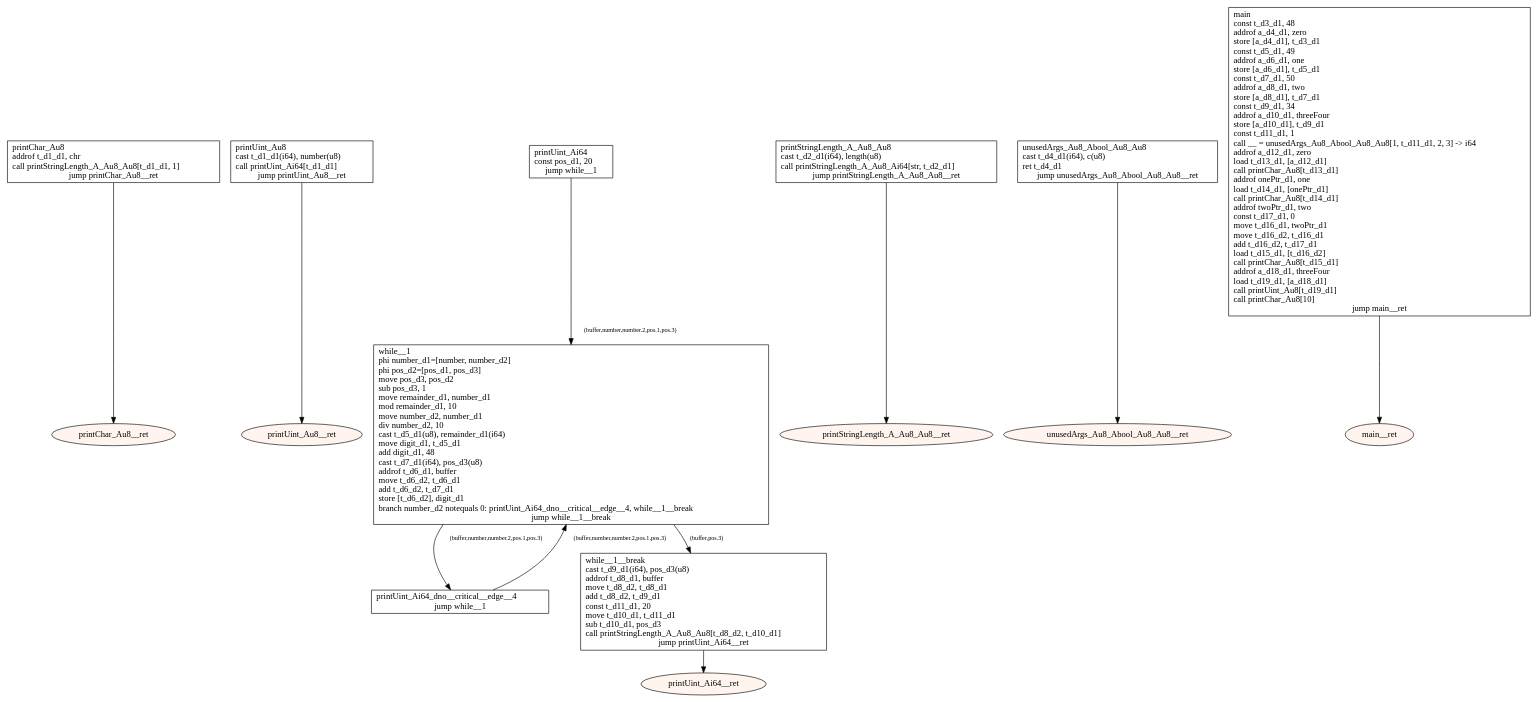
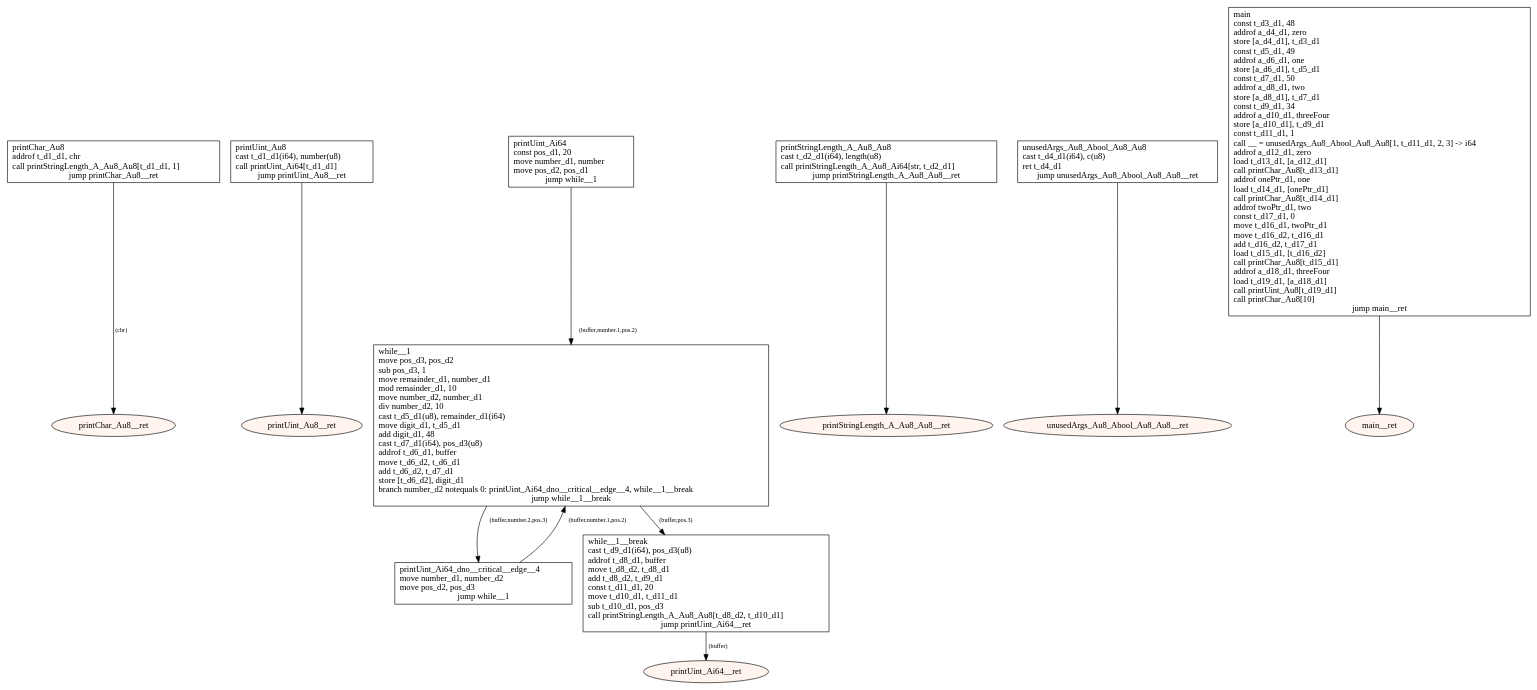
One commit to tmssngr/tinyC changed the diagram in src/main/resources-test/compiler/windows/basics.dot. Above: the diagram before and after it, drawn with Graphviz. The commit also changed 159 other files, not shown here.

```diff
--- a/src/main/resources-test/compiler/windows/basics.dot
+++ b/src/main/resources-test/compiler/windows/basics.dot
@@ -1,40 +1,40 @@
 digraph program {
 	edge[fontsize="10pt"];
 	subgraph fn_printChar_Au8 {
 		BasicBlock_0_printChar_Au8 [label="printChar_Au8\laddrof t_d1_d1, chr\lcall printStringLength_A_Au8_Au8[t_d1_d1, 1]\ljump printChar_Au8__ret",shape=box];
-		BasicBlock_0_printChar_Au8 -> BasicBlock_0_printChar_Au8__ret;
+		BasicBlock_0_printChar_Au8 -> BasicBlock_0_printChar_Au8__ret [label="(chr)"];
 		BasicBlock_0_printChar_Au8__ret [label="printChar_Au8__ret",shape=oval,style=filled,fillcolor="#fff5ee"];
 	}
 	subgraph fn_printUint_Au8 {
 		BasicBlock_1_printUint_Au8 [label="printUint_Au8\lcast t_d1_d1(i64), number(u8)\lcall printUint_Ai64[t_d1_d1]\ljump printUint_Au8__ret",shape=box];
 		BasicBlock_1_printUint_Au8 -> BasicBlock_1_printUint_Au8__ret;
 		BasicBlock_1_printUint_Au8__ret [label="printUint_Au8__ret",shape=oval,style=filled,fillcolor="#fff5ee"];
 	}
 	subgraph fn_printUint_Ai64 {
-		BasicBlock_2_printUint_Ai64 [label="printUint_Ai64\lconst pos_d1, 20\ljump while__1",shape=box];
-		BasicBlock_2_printUint_Ai64 -> BasicBlock_2_while__1 [label="(buffer,number,number.2,pos.1,pos.3)"];
-		BasicBlock_2_printUint_Ai64_dno__critical__edge__4 [label="printUint_Ai64_dno__critical__edge__4\ljump while__1",shape=box];
-		BasicBlock_2_printUint_Ai64_dno__critical__edge__4 -> BasicBlock_2_while__1 [label="(buffer,number,number.2,pos.1,pos.3)"];
-		BasicBlock_2_while__1 [label="while__1\lphi number_d1=[number, number_d2]\lphi pos_d2=[pos_d1, pos_d3]\lmove pos_d3, pos_d2\lsub pos_d3, 1\lmove remainder_d1, number_d1\lmod remainder_d1, 10\lmove number_d2, number_d1\ldiv number_d2, 10\lcast t_d5_d1(u8), remainder_d1(i64)\lmove digit_d1, t_d5_d1\ladd digit_d1, 48\lcast t_d7_d1(i64), pos_d3(u8)\laddrof t_d6_d1, buffer\lmove t_d6_d2, t_d6_d1\ladd t_d6_d2, t_d7_d1\lstore [t_d6_d2], digit_d1\lbranch number_d2 notequals 0: printUint_Ai64_dno__critical__edge__4, while__1__break\ljump while__1__break",shape=box];
-		BasicBlock_2_while__1 -> BasicBlock_2_printUint_Ai64_dno__critical__edge__4 [label="(buffer,number,number.2,pos.1,pos.3)"];
+		BasicBlock_2_printUint_Ai64 [label="printUint_Ai64\lconst pos_d1, 20\lmove number_d1, number\lmove pos_d2, pos_d1\ljump while__1",shape=box];
+		BasicBlock_2_printUint_Ai64 -> BasicBlock_2_while__1 [label="(buffer,number.1,pos.2)"];
+		BasicBlock_2_printUint_Ai64_dno__critical__edge__4 [label="printUint_Ai64_dno__critical__edge__4\lmove number_d1, number_d2\lmove pos_d2, pos_d3\ljump while__1",shape=box];
+		BasicBlock_2_printUint_Ai64_dno__critical__edge__4 -> BasicBlock_2_while__1 [label="(buffer,number.1,pos.2)"];
+		BasicBlock_2_while__1 [label="while__1\lmove pos_d3, pos_d2\lsub pos_d3, 1\lmove remainder_d1, number_d1\lmod remainder_d1, 10\lmove number_d2, number_d1\ldiv number_d2, 10\lcast t_d5_d1(u8), remainder_d1(i64)\lmove digit_d1, t_d5_d1\ladd digit_d1, 48\lcast t_d7_d1(i64), pos_d3(u8)\laddrof t_d6_d1, buffer\lmove t_d6_d2, t_d6_d1\ladd t_d6_d2, t_d7_d1\lstore [t_d6_d2], digit_d1\lbranch number_d2 notequals 0: printUint_Ai64_dno__critical__edge__4, while__1__break\ljump while__1__break",shape=box];
+		BasicBlock_2_while__1 -> BasicBlock_2_printUint_Ai64_dno__critical__edge__4 [label="(buffer,number.2,pos.3)"];
 		BasicBlock_2_while__1 -> BasicBlock_2_while__1__break [label="(buffer,pos.3)"];
 		BasicBlock_2_while__1__break [label="while__1__break\lcast t_d9_d1(i64), pos_d3(u8)\laddrof t_d8_d1, buffer\lmove t_d8_d2, t_d8_d1\ladd t_d8_d2, t_d9_d1\lconst t_d11_d1, 20\lmove t_d10_d1, t_d11_d1\lsub t_d10_d1, pos_d3\lcall printStringLength_A_Au8_Au8[t_d8_d2, t_d10_d1]\ljump printUint_Ai64__ret",shape=box];
-		BasicBlock_2_while__1__break -> BasicBlock_2_printUint_Ai64__ret;
+		BasicBlock_2_while__1__break -> BasicBlock_2_printUint_Ai64__ret [label="(buffer)"];
 		BasicBlock_2_printUint_Ai64__ret [label="printUint_Ai64__ret",shape=oval,style=filled,fillcolor="#fff5ee"];
 	}
 	subgraph fn_printStringLength_A_Au8_Au8 {
 		BasicBlock_3_printStringLength_A_Au8_Au8 [label="printStringLength_A_Au8_Au8\lcast t_d2_d1(i64), length(u8)\lcall printStringLength_A_Au8_Ai64[str, t_d2_d1]\ljump printStringLength_A_Au8_Au8__ret",shape=box];
 		BasicBlock_3_printStringLength_A_Au8_Au8 -> BasicBlock_3_printStringLength_A_Au8_Au8__ret;
 		BasicBlock_3_printStringLength_A_Au8_Au8__ret [label="printStringLength_A_Au8_Au8__ret",shape=oval,style=filled,fillcolor="#fff5ee"];
 	}
 	subgraph fn_unusedArgs_Au8_Abool_Au8_Au8 {
 		BasicBlock_4_unusedArgs_Au8_Abool_Au8_Au8 [label="unusedArgs_Au8_Abool_Au8_Au8\lcast t_d4_d1(i64), c(u8)\lret t_d4_d1\ljump unusedArgs_Au8_Abool_Au8_Au8__ret",shape=box];
 		BasicBlock_4_unusedArgs_Au8_Abool_Au8_Au8 -> BasicBlock_4_unusedArgs_Au8_Abool_Au8_Au8__ret;
 		BasicBlock_4_unusedArgs_Au8_Abool_Au8_Au8__ret [label="unusedArgs_Au8_Abool_Au8_Au8__ret",shape=oval,style=filled,fillcolor="#fff5ee"];
 	}
 	subgraph fn_main {
 		BasicBlock_5_main [label="main\lconst t_d3_d1, 48\laddrof a_d4_d1, zero\lstore [a_d4_d1], t_d3_d1\lconst t_d5_d1, 49\laddrof a_d6_d1, one\lstore [a_d6_d1], t_d5_d1\lconst t_d7_d1, 50\laddrof a_d8_d1, two\lstore [a_d8_d1], t_d7_d1\lconst t_d9_d1, 34\laddrof a_d10_d1, threeFour\lstore [a_d10_d1], t_d9_d1\lconst t_d11_d1, 1\lcall __ = unusedArgs_Au8_Abool_Au8_Au8[1, t_d11_d1, 2, 3] -> i64\laddrof a_d12_d1, zero\lload t_d13_d1, [a_d12_d1]\lcall printChar_Au8[t_d13_d1]\laddrof onePtr_d1, one\lload t_d14_d1, [onePtr_d1]\lcall printChar_Au8[t_d14_d1]\laddrof twoPtr_d1, two\lconst t_d17_d1, 0\lmove t_d16_d1, twoPtr_d1\lmove t_d16_d2, t_d16_d1\ladd t_d16_d2, t_d17_d1\lload t_d15_d1, [t_d16_d2]\lcall printChar_Au8[t_d15_d1]\laddrof a_d18_d1, threeFour\lload t_d19_d1, [a_d18_d1]\lcall printUint_Au8[t_d19_d1]\lcall printChar_Au8[10]\ljump main__ret",shape=box];
 		BasicBlock_5_main -> BasicBlock_5_main__ret;
 		BasicBlock_5_main__ret [label="main__ret",shape=oval,style=filled,fillcolor="#fff5ee"];
 	}
 }
```
